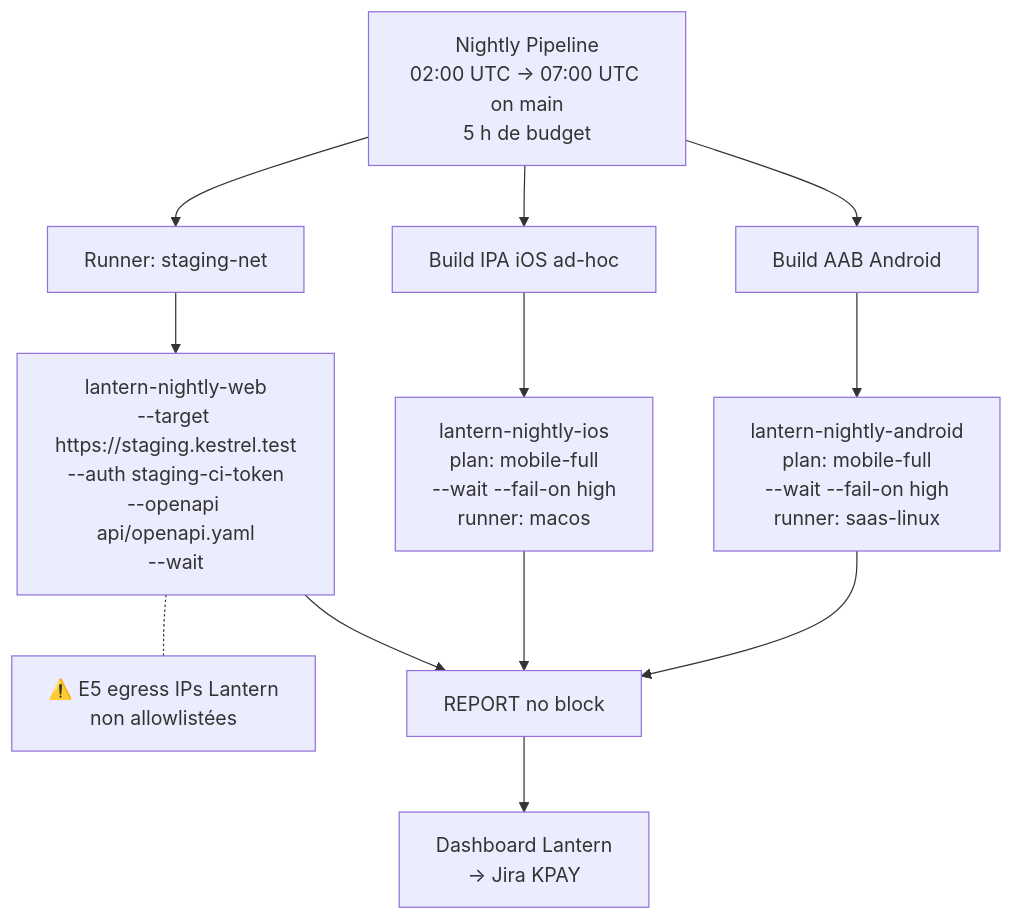
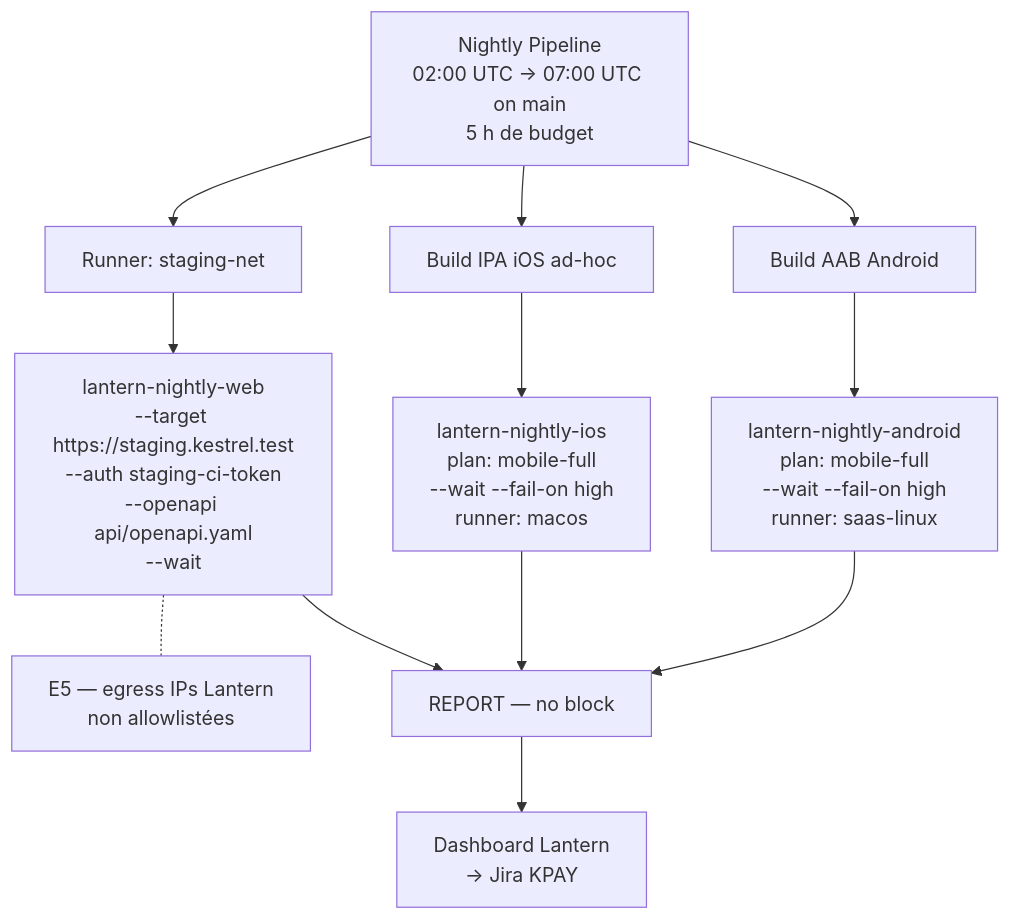
One commit to Ayoub-glitsh/lantern-kestrel-presales-assessment changed the fifth of 6 diagrams in integration_design.md. Above: the diagram before and after it, drawn with Mermaid. The commit also changed other lines of this file and 3 other files, not shown here.

````diff
--- a/integration_design.md
+++ b/integration_design.md
@@ -231,22 +231,22 @@
 ```mermaid
 
 flowchart TB
     T["Nightly Pipeline<br/>02:00 UTC → 07:00 UTC on main<br/>5 h de budget"]
 
     T --> A1["Build AAB Android"]
     T --> I1["Build IPA iOS ad-hoc"]
     T --> W1["Runner: staging-net"]
 
     A1 --> A2["lantern-nightly-android<br/>plan: mobile-full<br/>--wait --fail-on high<br/>runner: saas-linux"]
     I1 --> I2["lantern-nightly-ios<br/>plan: mobile-full<br/>--wait --fail-on high<br/>runner: macos"]
     W1 --> W2["lantern-nightly-web<br/>--target https://staging.kestrel.test<br/>--auth staging-ci-token<br/>--openapi api/openapi.yaml<br/>--wait"]
 
-    W2 -.- E5["⚠️ E5  egress IPs Lantern<br/>non allowlistées"]
+    W2 -.- E5[" E5 — egress IPs Lantern<br/>non allowlistées"]
 
-    A2 --> R["REPORT  no block"]
+    A2 --> R["REPORT — no block"]
     I2 --> R
     W2 --> R
 
     R --> D["Dashboard Lantern<br/>→ Jira KPAY"]
 
 ```
````
